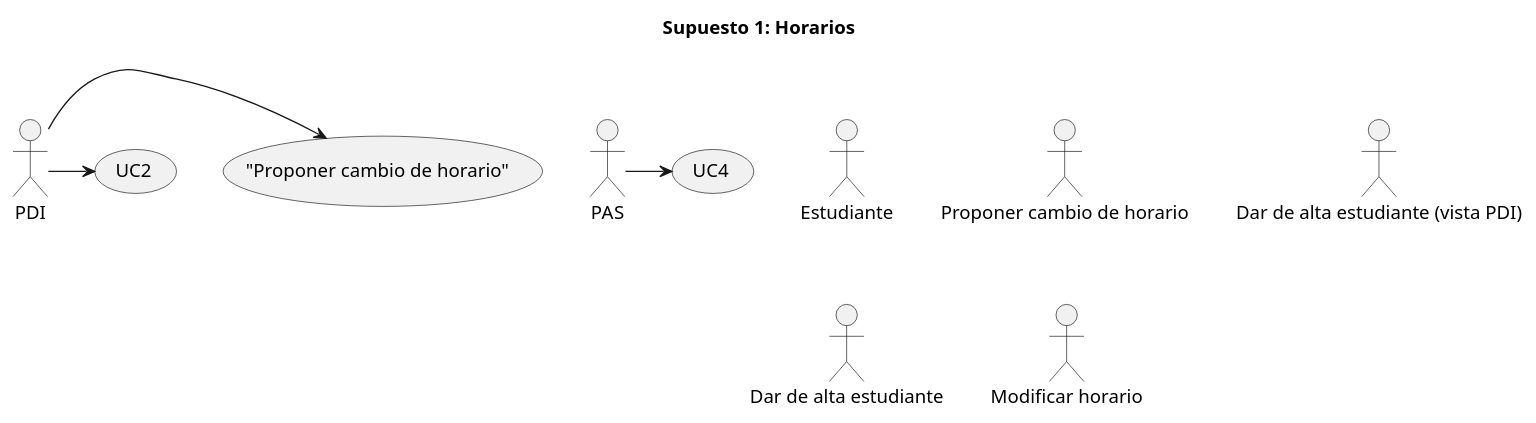
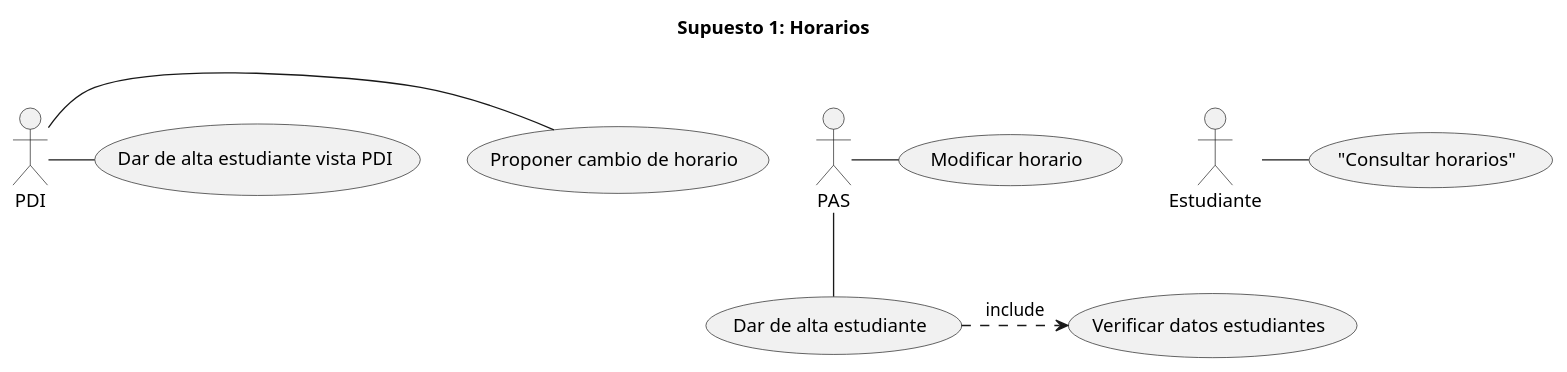
The diagram in lab0/src/horarios.puml (ags000/INRE-UAL-TURQUESA-2022), drawn with PlantUML before and after one commit.

Commit message:
Primera version

```diff
--- a/lab0/src/horarios.puml
+++ b/lab0/src/horarios.puml
@@ -1,13 +1,12 @@
 @startuml horarios
 title Supuesto 1: Horarios
 :PDI:
 :PAS:
 :Estudiante:
-PDI -> ("Proponer cambio de horario" )
-"Proponer cambio de horario" 
-PDI -> (UC2)
-"Dar de alta estudiante (vista PDI)" 
-"Dar de alta estudiante" 
-PAS -> (UC4)
-"Modificar horario" 
+PDI - (Proponer cambio de horario)
+PDI - (Dar de alta estudiante vista PDI)
+PAS -- (Dar de alta estudiante) 
+(Dar de alta estudiante) .> (Verificar datos estudiantes) : include
+PAS - (Modificar horario) 
+Estudiante - ("Consultar horarios")
 @enduml
```
